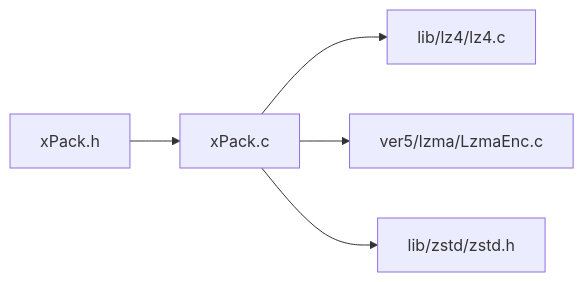
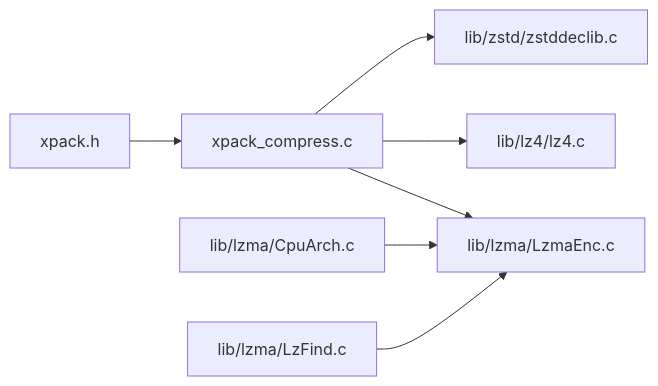
The third of 3 diagrams in .qoder/repowiki/zh/content/压缩算法集成/压缩性能对比与选择.md (xywhsoft/xpack), drawn with Mermaid before and after one commit. The commit also changed other lines of this file and 42 other files, not shown here.

````diff
--- a/.qoder/repowiki/zh/content/压缩算法集成/压缩性能对比与选择.md
+++ b/.qoder/repowiki/zh/content/压缩算法集成/压缩性能对比与选择.md
@@ -243,7 +247,9 @@
 ```mermaid
 graph LR
-XP["xPack.c"] --> L4["lib/lz4/lz4.c"]
-XP --> LM["ver5/lzma/LzmaEnc.c"]
-XP --> ZD["lib/zstd/zstd.h"]
-API["xPack.h"] --> XP
+XP["xpack_compress.c"] --> L4["lib/lz4/lz4.c"]
+XP --> LM["lib/lzma/LzmaEnc.c"]
+XP --> ZD["lib/zstd/zstddeclib.c"]
+CPU["lib/lzma/CpuArch.c"] --> LM
+LZFind["lib/lzma/LzFind.c"] --> LM
+API["xpack.h"] --> XP
 ```
````
